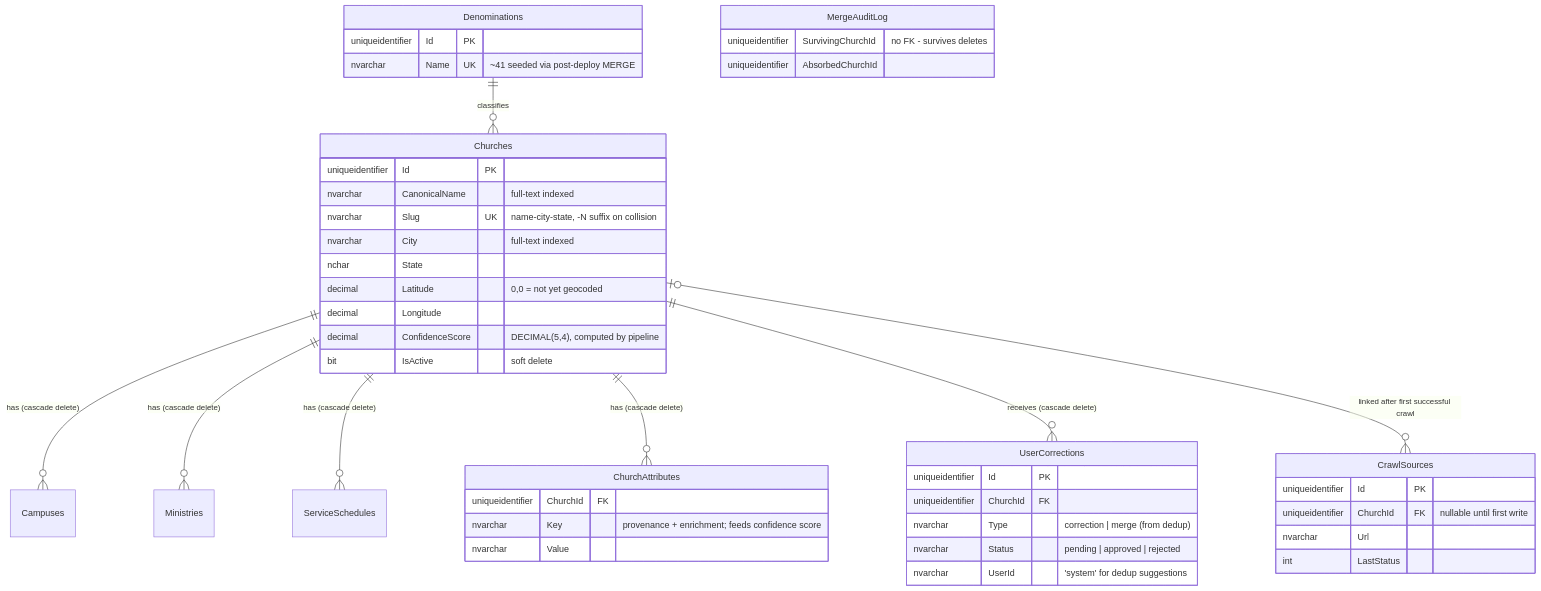
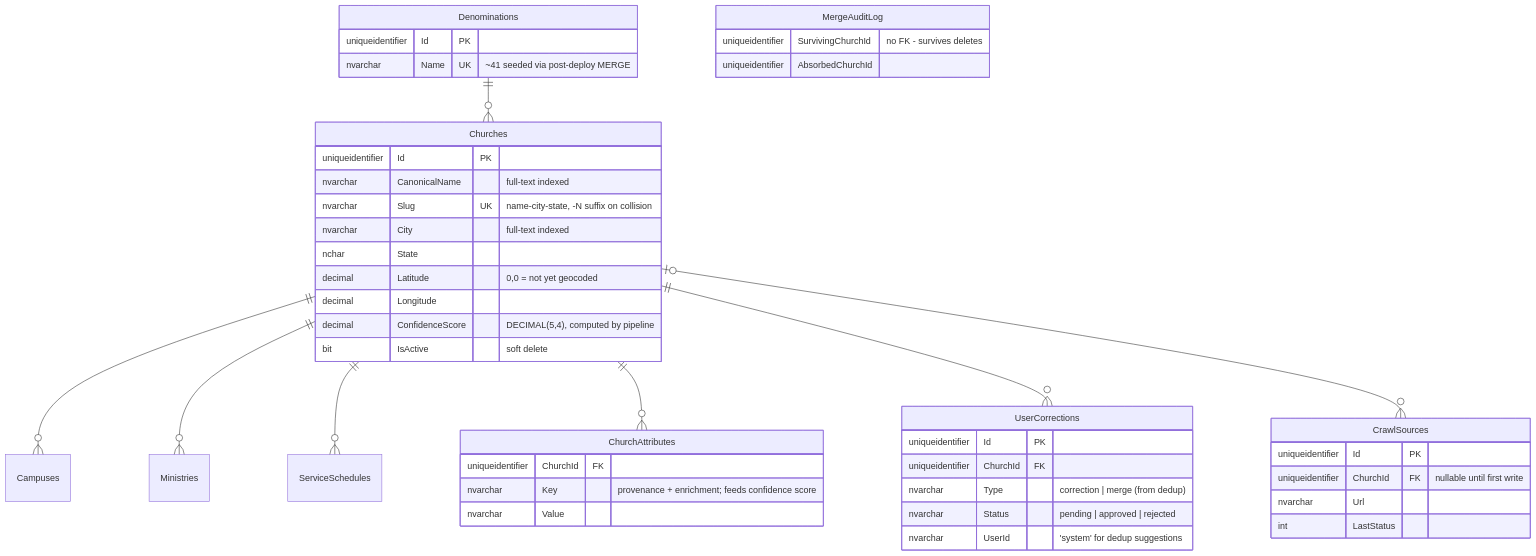
Before and after one commit to crgolden/Churches: the fifth of 8 diagrams in ARCHITECTURE.md, drawn with Mermaid. The commit also changed other lines of this file and 1 other file, not shown here.

Commit message:
Remove infrastructure values and tighten prose in ARCHITECTURE.md/README

````diff
--- a/ARCHITECTURE.md
+++ b/ARCHITECTURE.md
@@ -226,48 +244,48 @@
 ```mermaid
 erDiagram
-    Denominations ||--o{ Churches : "classifies"
-    Churches ||--o{ Campuses : "has (cascade delete)"
-    Churches ||--o{ Ministries : "has (cascade delete)"
-    Churches ||--o{ ServiceSchedules : "has (cascade delete)"
-    Churches ||--o{ ChurchAttributes : "has (cascade delete)"
-    Churches ||--o{ UserCorrections : "receives (cascade delete)"
-    Churches |o--o{ CrawlSources : "linked after first successful crawl"
+    Denominations ||--o{ Churches : ""
+    Churches ||--o{ Campuses : ""
+    Churches ||--o{ Ministries : ""
+    Churches ||--o{ ServiceSchedules : ""
+    Churches ||--o{ ChurchAttributes : ""
+    Churches ||--o{ UserCorrections : ""
+    Churches |o--o{ CrawlSources : ""
 
     Churches {
         uniqueidentifier Id PK
         nvarchar CanonicalName "full-text indexed"
         nvarchar Slug UK "name-city-state, -N suffix on collision"
         nvarchar City "full-text indexed"
         nchar State
         decimal Latitude "0,0 = not yet geocoded"
         decimal Longitude
         decimal ConfidenceScore "DECIMAL(5,4), computed by pipeline"
         bit IsActive "soft delete"
     }
     Denominations {
         uniqueidentifier Id PK
         nvarchar Name UK "~41 seeded via post-deploy MERGE"
     }
     CrawlSources {
         uniqueidentifier Id PK
         uniqueidentifier ChurchId FK "nullable until first write"
         nvarchar Url
         int LastStatus
     }
     UserCorrections {
         uniqueidentifier Id PK
         uniqueidentifier ChurchId FK
         nvarchar Type "correction | merge (from dedup)"
         nvarchar Status "pending | approved | rejected"
         nvarchar UserId "'system' for dedup suggestions"
     }
     ChurchAttributes {
         uniqueidentifier ChurchId FK
         nvarchar Key "provenance + enrichment; feeds confidence score"
         nvarchar Value
     }
     MergeAuditLog {
         uniqueidentifier SurvivingChurchId "no FK - survives deletes"
         uniqueidentifier AbsorbedChurchId
     }
 ```
````
